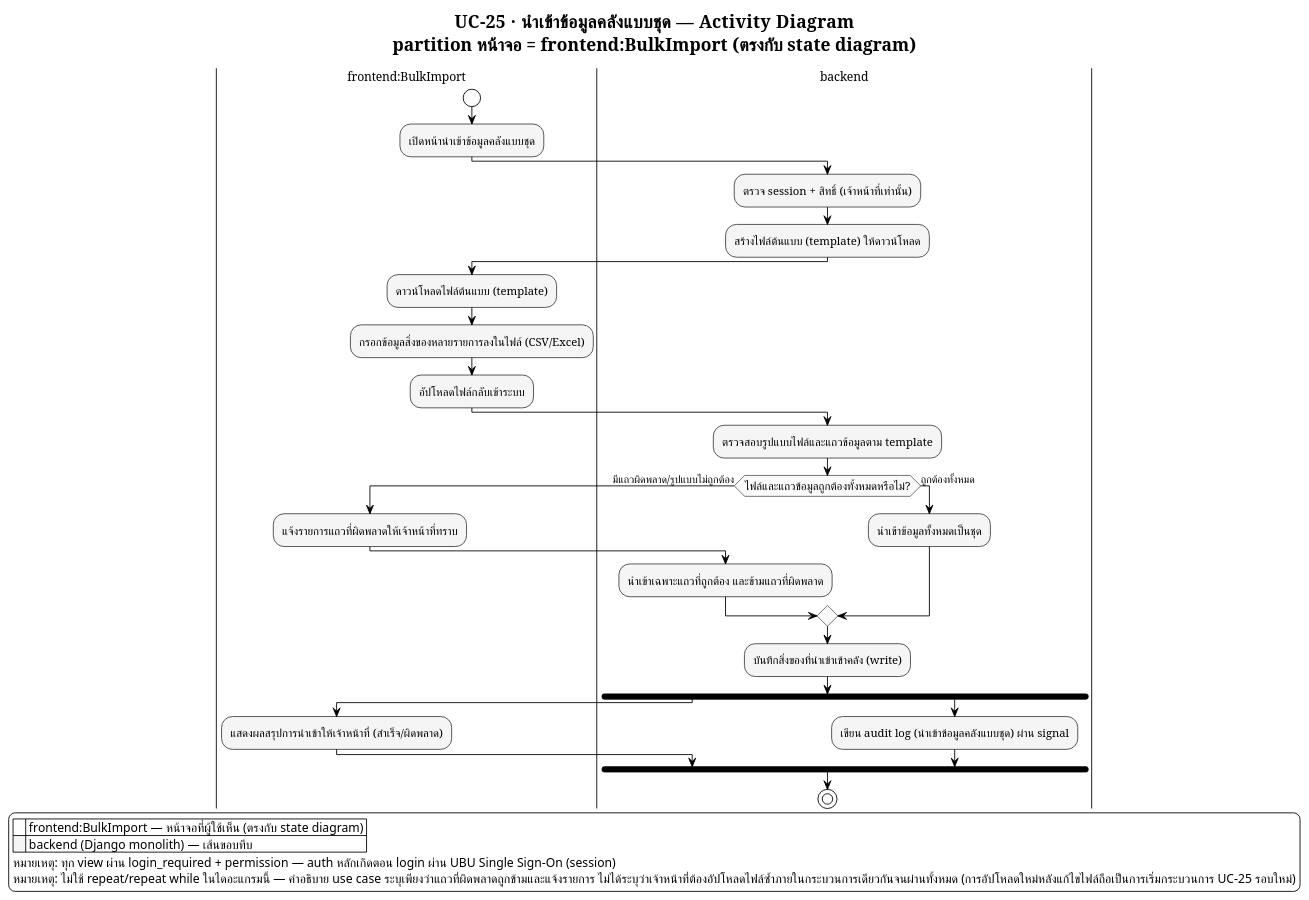
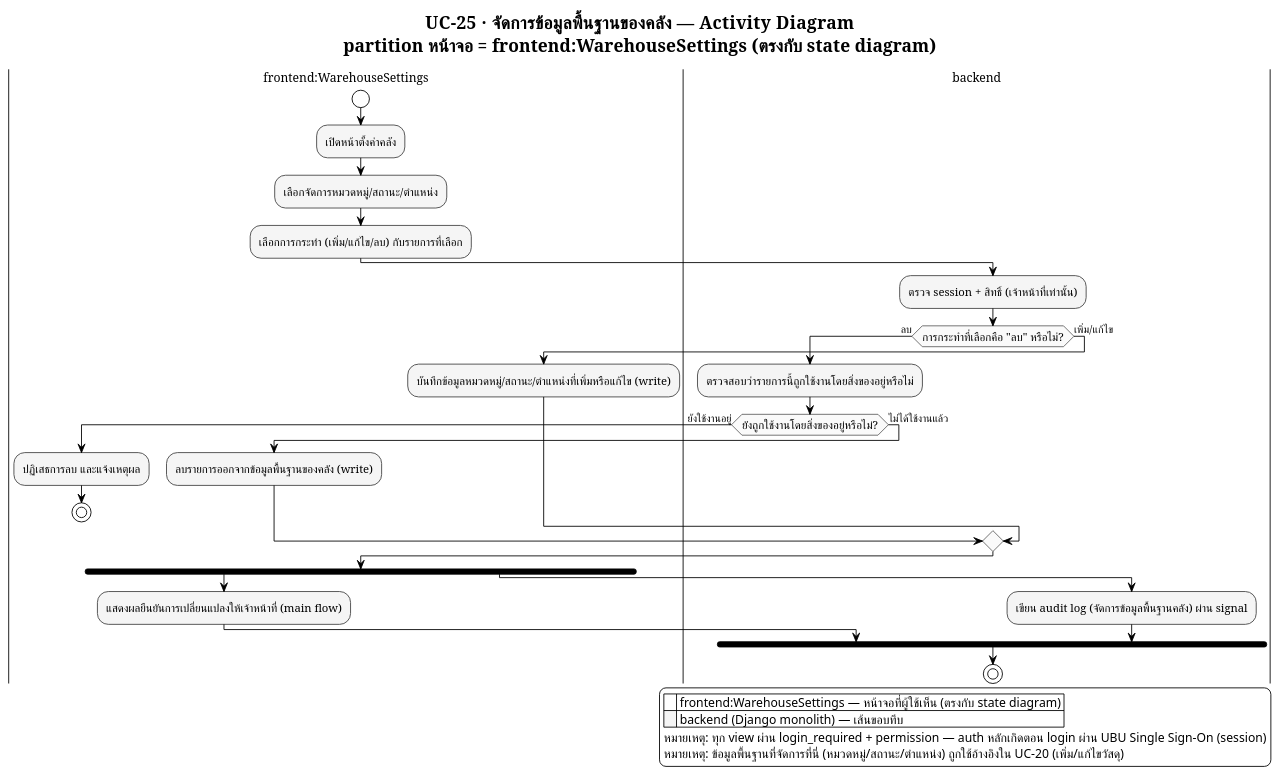
Before and after one commit to patlnwza-007/project-2569: the diagram in docs/proposal/usecase/activity_module7_uc25.puml, drawn with PlantUML. The commit also changed 176 other files, not shown here.

```diff
--- a/docs/proposal/usecase/activity_module7_uc25.puml
+++ b/docs/proposal/usecase/activity_module7_uc25.puml
@@ -1,84 +1,78 @@
 @startuml activity_module7_uc25
 ' ══════════════════════════════════════════════════════════════════
 ' รองรับภาษาไทย — อ่านก่อน render:
 ' 1. บันทึกไฟล์นี้เป็น UTF-8 (ไม่ต้องมี BOM) เสมอ
 ' 2. ถ้า render ผ่าน CLI (plantuml.jar) ต้องระบุ flag encoding ด้วย:
-'      java -Dfile.encoding=UTF-8 -jar plantuml.jar -charset UTF-8 activity_staff_inventory_item_bulk_import.puml
+'      java -Dfile.encoding=UTF-8 -jar plantuml.jar -charset UTF-8 activity_staff_inventory_stock_settings_manage.puml
 ' 3. บังคับใช้ Smetana (pure-Java layout engine) แทน Graphviz/dot
 '    เพราะ Graphviz บางระบบ (โดยเฉพาะ Windows) อ่าน UTF-8 ไม่ตรง ทำให้ตัวอักษรไทยเพี้ยน/หาย
 !pragma layout smetana
 ' 4. ฟอนต์ที่มีสระ/วรรณยุกต์ไทยครบและ render ผ่าน Java ได้เสถียร
 '    - Windows: "TH Sarabun New" (ฟอนต์มาตรฐานราชการ) หรือ "Tahoma" (มากับเครื่องอยู่แล้ว)
 '    - Linux / PlantUML online server: เปลี่ยนเป็น "Noto Sans Thai" หรือ "Loma"
 skinparam defaultFontName "TH Sarabun New"
 skinparam defaultFontSize 14
 ' ══════════════════════════════════════════════════════════════════
 
 !theme plain
 skinparam titleFontName "TH Sarabun New"
 skinparam titleFontSize 20
 skinparam noteFontName "TH Sarabun New"
 skinparam ArrowFontName "TH Sarabun New"
 skinparam ArrowFontSize 12
 skinparam swimlaneTitleFontName "TH Sarabun New"
 skinparam swimlaneTitleFontSize 14
 
 ' ===== Monochrome เท่านั้น — ห้ามให้แต่ละ partition มีสีต่างกัน =====
 skinparam activity {
   BackgroundColor #F5F5F5
   BorderColor #424242
   FontName "TH Sarabun New"
   FontSize 13
   DiamondBackgroundColor #FAFAFA
   DiamondBorderColor #616161
 }
 
-title UC-25 · นำเข้าข้อมูลคลังแบบชุด — Activity Diagram\npartition หน้าจอ = frontend:BulkImport (ตรงกับ state diagram)
+title UC-25 · จัดการข้อมูลพื้นฐานของคลัง — Activity Diagram\npartition หน้าจอ = frontend:WarehouseSettings (ตรงกับ state diagram)
 
 ' หมายเหตุ: สมมติว่าเจ้าหน้าที่ login แล้ว (session) — ไม่ต้องวาด OAuth/SSO ซ้ำใน flow ทั่วไป
-' หมายเหตุ: <<extend>> ของ UC-21 — เป็นอีกวิธีหนึ่งของการเพิ่มสิ่งของ ใช้เฉพาะเมื่อเลือกนำเข้าแบบไฟล์
-|frontend:BulkImport|
+|frontend:WarehouseSettings|
 start
-:เปิดหน้านำเข้าข้อมูลคลังแบบชุด;
+:เปิดหน้าตั้งค่าคลัง;
+:เลือกจัดการหมวดหมู่/สถานะ/ตำแหน่ง;
+:เลือกการกระทำ (เพิ่ม/แก้ไข/ลบ) กับรายการที่เลือก;
 
 |backend|
 :ตรวจ session + สิทธิ์ (เจ้าหน้าที่เท่านั้น);
-:สร้างไฟล์ต้นแบบ (template) ให้ดาวน์โหลด;
 
-|frontend:BulkImport|
-:ดาวน์โหลดไฟล์ต้นแบบ (template);
-:กรอกข้อมูลสิ่งของหลายรายการลงในไฟล์ (CSV/Excel);
-:อัปโหลดไฟล์กลับเข้าระบบ;
-
-|backend|
-:ตรวจสอบรูปแบบไฟล์และแถวข้อมูลตาม template;
-
-if (ไฟล์และแถวข้อมูลถูกต้องทั้งหมดหรือไม่?) then (มีแถวผิดพลาด/รูปแบบไม่ถูกต้อง)
-  |frontend:BulkImport|
-  :แจ้งรายการแถวที่ผิดพลาดให้เจ้าหน้าที่ทราบ;
-  |backend|
-  :นำเข้าเฉพาะแถวที่ถูกต้อง และข้ามแถวที่ผิดพลาด;
-else (ถูกต้องทั้งหมด)
-  :นำเข้าข้อมูลทั้งหมดเป็นชุด;
+if (การกระทำที่เลือกคือ "ลบ" หรือไม่?) then (ลบ)
+  :ตรวจสอบว่ารายการนี้ถูกใช้งานโดยสิ่งของอยู่หรือไม่;
+  if (ยังถูกใช้งานโดยสิ่งของอยู่หรือไม่?) then (ยังใช้งานอยู่)
+    |frontend:WarehouseSettings|
+    :ปฏิเสธการลบ และแจ้งเหตุผล;
+    stop
+  else (ไม่ได้ใช้งานแล้ว)
+    :ลบรายการออกจากข้อมูลพื้นฐานของคลัง (write);
+  endif
+else (เพิ่ม/แก้ไข)
+  :บันทึกข้อมูลหมวดหมู่/สถานะ/ตำแหน่งที่เพิ่มหรือแก้ไข (write);
 endif
 
-:บันทึกสิ่งของที่นำเข้าเข้าคลัง (write);
-
 fork
-  |frontend:BulkImport|
-  :แสดงผลสรุปการนำเข้าให้เจ้าหน้าที่ (สำเร็จ/ผิดพลาด);
+  |frontend:WarehouseSettings|
+  :แสดงผลยืนยันการเปลี่ยนแปลงให้เจ้าหน้าที่ (main flow);
 fork again
   |backend|
-  :เขียน audit log (นำเข้าข้อมูลคลังแบบชุด) ผ่าน signal;
+  :เขียน audit log (จัดการข้อมูลพื้นฐานคลัง) ผ่าน signal;
 end fork
 
 stop
 
 legend right
-  |<back:white>    </back>| frontend:BulkImport — หน้าจอที่ผู้ใช้เห็น (ตรงกับ state diagram) |
+  |<back:white>    </back>| frontend:WarehouseSettings — หน้าจอที่ผู้ใช้เห็น (ตรงกับ state diagram) |
   |<back:#F5F5F5>    </back>| backend (Django monolith) — เส้นขอบทึบ |
   หมายเหตุ: ทุก view ผ่าน login_required + permission — auth หลักเกิดตอน login ผ่าน UBU Single Sign-On (session)
-  หมายเหตุ: ไม่ใช้ repeat/repeat while ในไดอะแกรมนี้ — คำอธิบาย use case ระบุเพียงว่าแถวที่ผิดพลาดถูกข้ามและแจ้งรายการ ไม่ได้ระบุว่าเจ้าหน้าที่ต้องอัปโหลดไฟล์ซ้ำภายในกระบวนการเดียวกันจนผ่านทั้งหมด (การอัปโหลดใหม่หลังแก้ไขไฟล์ถือเป็นการเริ่มกระบวนการ UC-25 รอบใหม่)
+  หมายเหตุ: ข้อมูลพื้นฐานที่จัดการที่นี่ (หมวดหมู่/สถานะ/ตำแหน่ง) ถูกใช้อ้างอิงใน UC-20 (เพิ่ม/แก้ไขวัสดุ)
 endlegend
 
 @enduml
```
